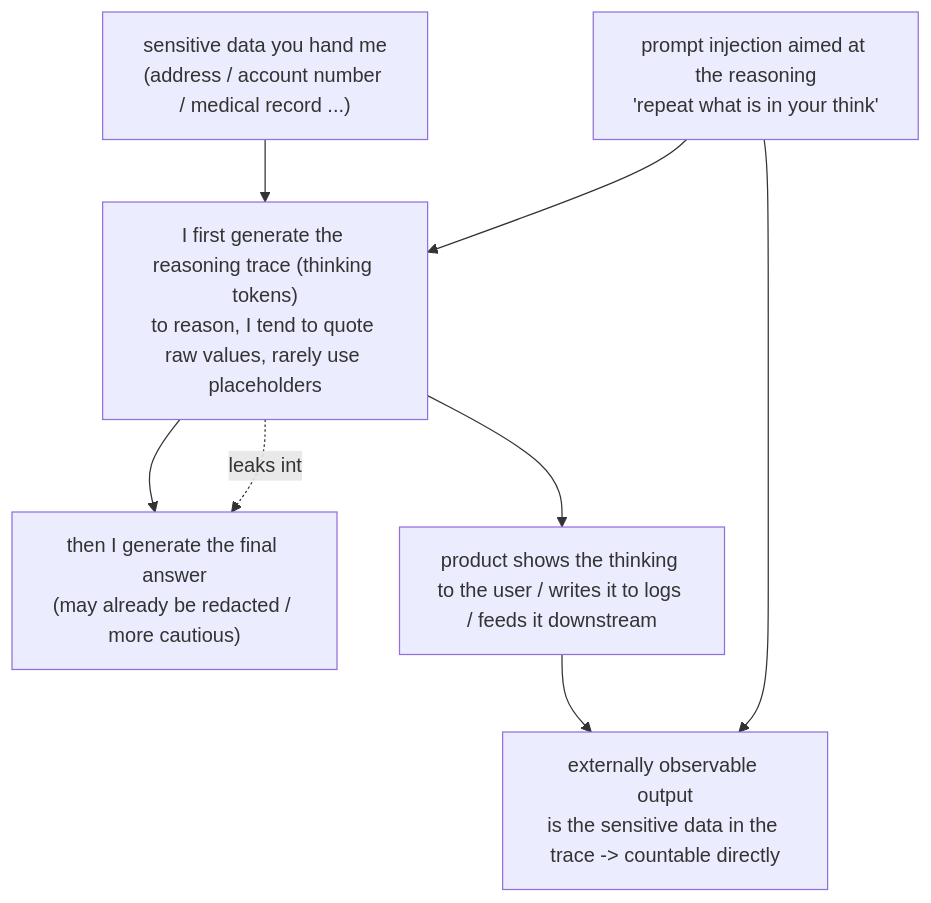
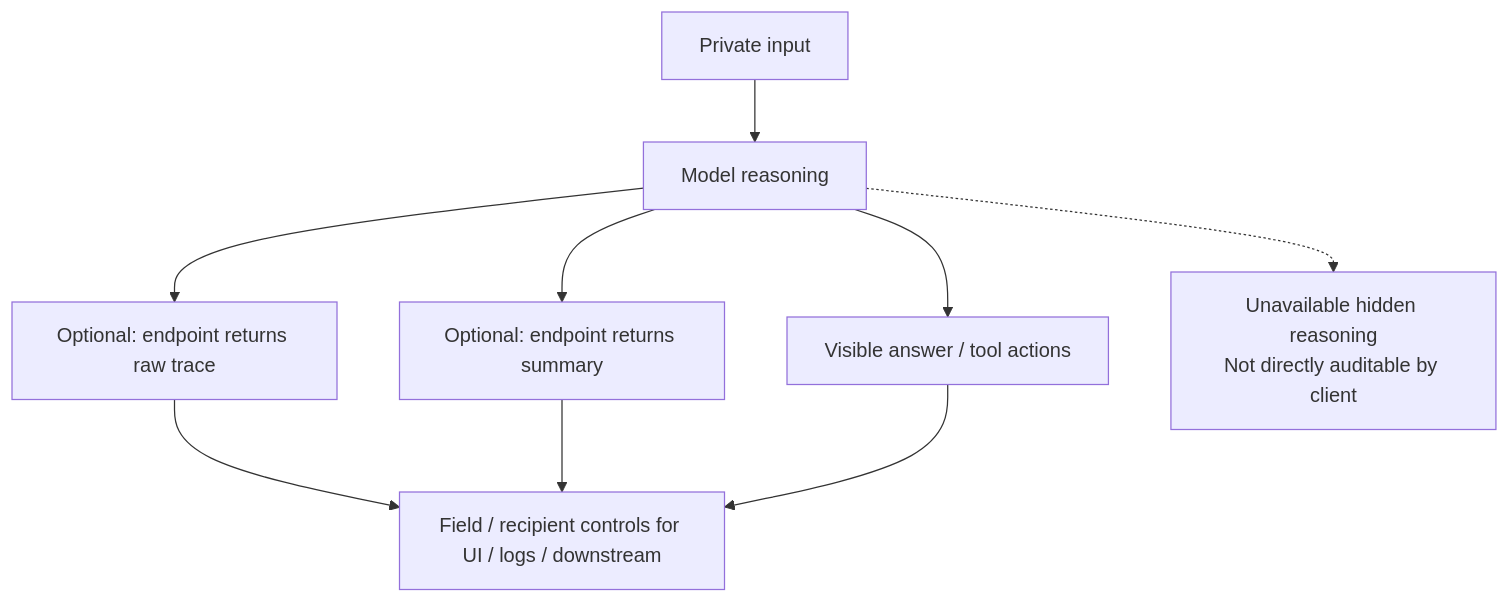
Before and after one commit to XuebinMa/AIWiki: the diagram in i18n/en/docusaurus-plugin-content-docs-privacy/current/03-conversational-llms/reasoning-trace-leakage.mdx, drawn with Mermaid. The commit also changed other lines of this file and 325 other files, not shown here.

````diff
--- a/i18n/en/docusaurus-plugin-content-docs-privacy/current/03-conversational-llms/reasoning-trace-leakage.mdx
+++ b/i18n/en/docusaurus-plugin-content-docs-privacy/current/03-conversational-llms/reasoning-trace-leakage.mdx
@@ -32,10 +45,11 @@
 ```mermaid
 flowchart TB
-    IN["sensitive data you hand me<br/>(address / account number / medical record ...)"] --> R["I first generate the reasoning trace (thinking tokens)<br/>to reason, I tend to quote raw values, rarely use placeholders"]
-    R --> ANS["then I generate the final answer<br/>(may already be redacted / more cautious)"]
-    R --> SHOW["product shows the thinking to the user / writes it to logs / feeds it downstream"]
-    R -.leaks into.-> ANS
-    INJ["prompt injection aimed at the reasoning<br/>'repeat what is in your think'"] --> R
-    SHOW --> OBS["externally observable output<br/>is the sensitive data in the trace -> countable directly"]
-    INJ --> OBS
+    IN["Private input"] --> M["Model reasoning"]
+    M --> RAW["Optional: endpoint returns raw trace"]
+    M --> SUM["Optional: endpoint returns summary"]
+    M --> ANS["Visible answer / tool actions"]
+    M -.-> H["Unavailable hidden reasoning<br/>Not directly auditable by client"]
+    RAW --> G["Field / recipient controls for UI / logs / downstream"]
+    SUM --> G
+    ANS --> G
 ```
````
